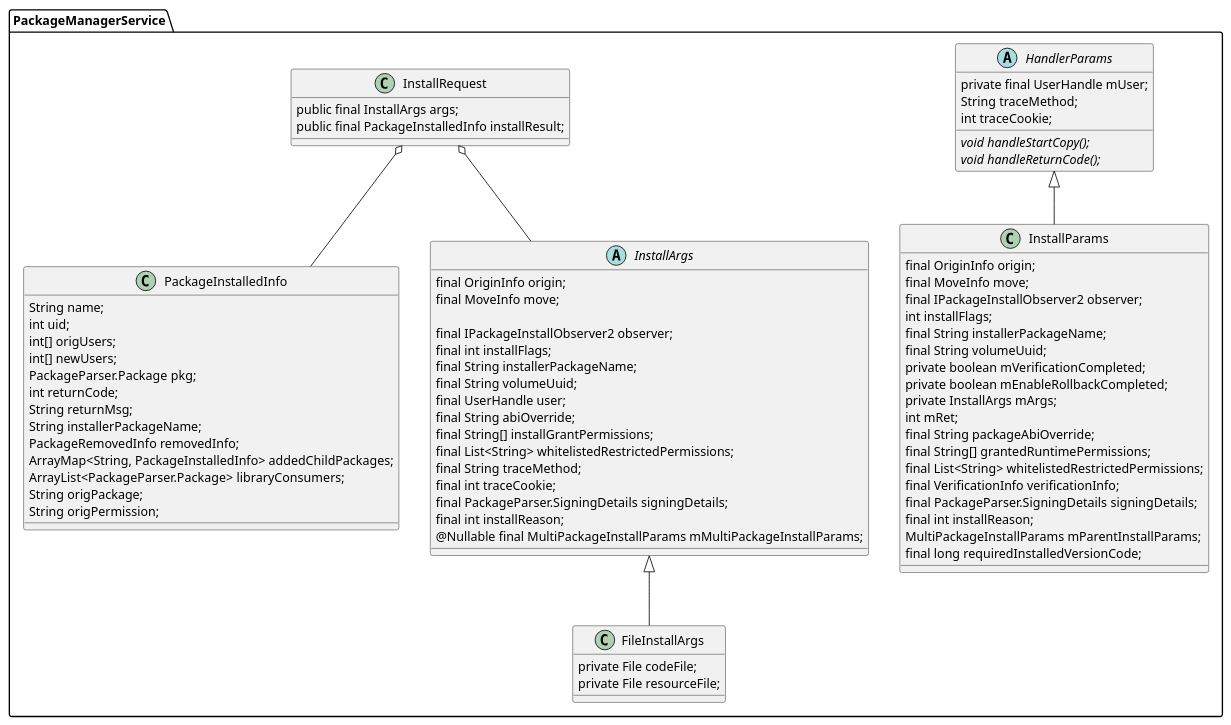
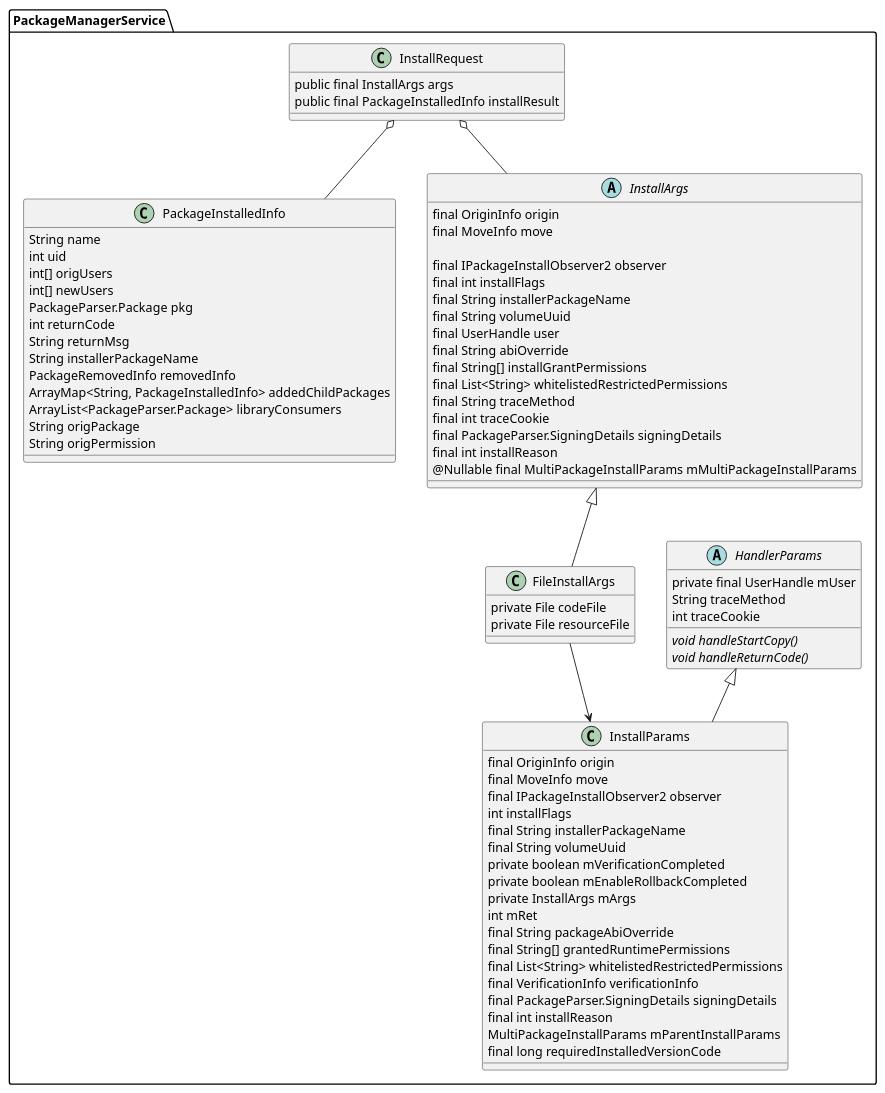
One commit to PJH0x0/hexo-backup changed the diagram in source/_posts/android/pkms/package-install/class-2.puml. Above: the diagram before and after it, drawn with PlantUML. The commit also changed 5 other files, not shown here.

Commit message:
<20200703><Update package install>

```diff
--- a/source/_posts/android/pkms/package-install/class-2.puml
+++ b/source/_posts/android/pkms/package-install/class-2.puml
@@ -1,83 +1,84 @@
 @startuml package-install-class-1
 abstract class PackageManagerService.HandlerParams {
-    private final UserHandle mUser;
-    String traceMethod;
-    int traceCookie;
+    private final UserHandle mUser
+    String traceMethod
+    int traceCookie
 
-    {abstract} void handleStartCopy();
-    {abstract} void handleReturnCode();
+    {abstract} void handleStartCopy()
+    {abstract} void handleReturnCode()
 }
 
 
 class PackageManagerService.InstallParams {
-    final OriginInfo origin;
-    final MoveInfo move;
-    final IPackageInstallObserver2 observer;
-    int installFlags;
-    final String installerPackageName;
-    final String volumeUuid;
-    private boolean mVerificationCompleted;
-    private boolean mEnableRollbackCompleted;
-    private InstallArgs mArgs;
-    int mRet;
-    final String packageAbiOverride;
-    final String[] grantedRuntimePermissions;
-    final List<String> whitelistedRestrictedPermissions;
-    final VerificationInfo verificationInfo;
-    final PackageParser.SigningDetails signingDetails;
-    final int installReason;
-    MultiPackageInstallParams mParentInstallParams;
-    final long requiredInstalledVersionCode;
+    final OriginInfo origin
+    final MoveInfo move
+    final IPackageInstallObserver2 observer
+    int installFlags
+    final String installerPackageName
+    final String volumeUuid
+    private boolean mVerificationCompleted
+    private boolean mEnableRollbackCompleted
+    private InstallArgs mArgs
+    int mRet
+    final String packageAbiOverride
+    final String[] grantedRuntimePermissions
+    final List<String> whitelistedRestrictedPermissions
+    final VerificationInfo verificationInfo
+    final PackageParser.SigningDetails signingDetails
+    final int installReason
+    MultiPackageInstallParams mParentInstallParams
+    final long requiredInstalledVersionCode
     
 }
 PackageManagerService.HandlerParams <|-- PackageManagerService.InstallParams
 
 class PackageManagerService.InstallRequest {
-    public final InstallArgs args;
-    public final PackageInstalledInfo installResult;
+    public final InstallArgs args
+    public final PackageInstalledInfo installResult
 }
 class PackageManagerService.PackageInstalledInfo {
-    String name;
-    int uid;
-    int[] origUsers;
-    int[] newUsers;
-    PackageParser.Package pkg;
-    int returnCode;
-    String returnMsg;
-    String installerPackageName;
-    PackageRemovedInfo removedInfo;
-    ArrayMap<String, PackageInstalledInfo> addedChildPackages;
-    ArrayList<PackageParser.Package> libraryConsumers;
-    String origPackage;
-    String origPermission;
+    String name
+    int uid
+    int[] origUsers
+    int[] newUsers
+    PackageParser.Package pkg
+    int returnCode
+    String returnMsg
+    String installerPackageName
+    PackageRemovedInfo removedInfo
+    ArrayMap<String, PackageInstalledInfo> addedChildPackages
+    ArrayList<PackageParser.Package> libraryConsumers
+    String origPackage
+    String origPermission
 }
 
 abstract class PackageManagerService.InstallArgs {
-    final OriginInfo origin;
-    final MoveInfo move;
+    final OriginInfo origin
+    final MoveInfo move
 
-    final IPackageInstallObserver2 observer;
-    final int installFlags;
-    final String installerPackageName;
-    final String volumeUuid;
-    final UserHandle user;
-    final String abiOverride;
-    final String[] installGrantPermissions;
-    final List<String> whitelistedRestrictedPermissions;
-    final String traceMethod;
-    final int traceCookie;
-    final PackageParser.SigningDetails signingDetails;
-    final int installReason;
-    @Nullable final MultiPackageInstallParams mMultiPackageInstallParams;
+    final IPackageInstallObserver2 observer
+    final int installFlags
+    final String installerPackageName
+    final String volumeUuid
+    final UserHandle user
+    final String abiOverride
+    final String[] installGrantPermissions
+    final List<String> whitelistedRestrictedPermissions
+    final String traceMethod
+    final int traceCookie
+    final PackageParser.SigningDetails signingDetails
+    final int installReason
+    @Nullable final MultiPackageInstallParams mMultiPackageInstallParams
 }
 
 class PackageManagerService.FileInstallArgs {
-    private File codeFile;
-    private File resourceFile;    
+    private File codeFile
+    private File resourceFile    
 }
 
 PackageManagerService.InstallArgs <|-- PackageManagerService.FileInstallArgs
 
 PackageManagerService.InstallRequest o-- PackageManagerService.PackageInstalledInfo
 PackageManagerService.InstallRequest o-- PackageManagerService.InstallArgs 
+PackageManagerService.FileInstallArgs --> PackageManagerService.InstallParams
 @enduml
```
